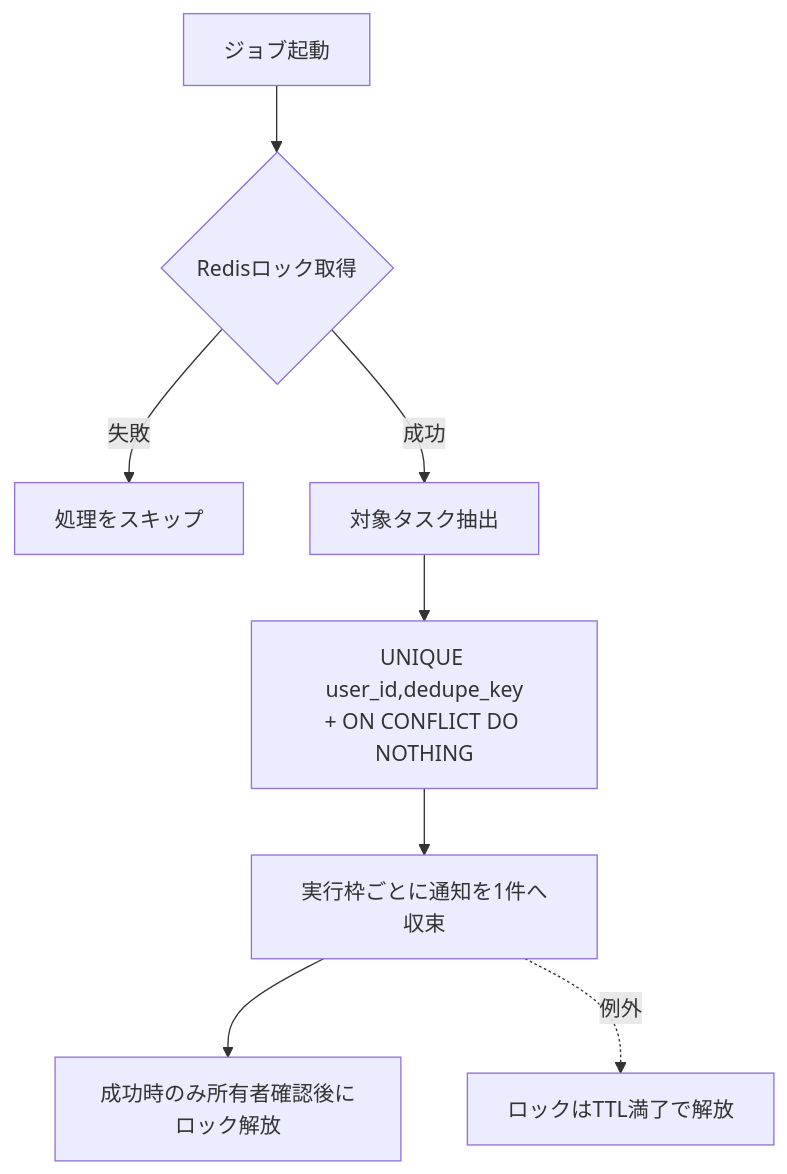
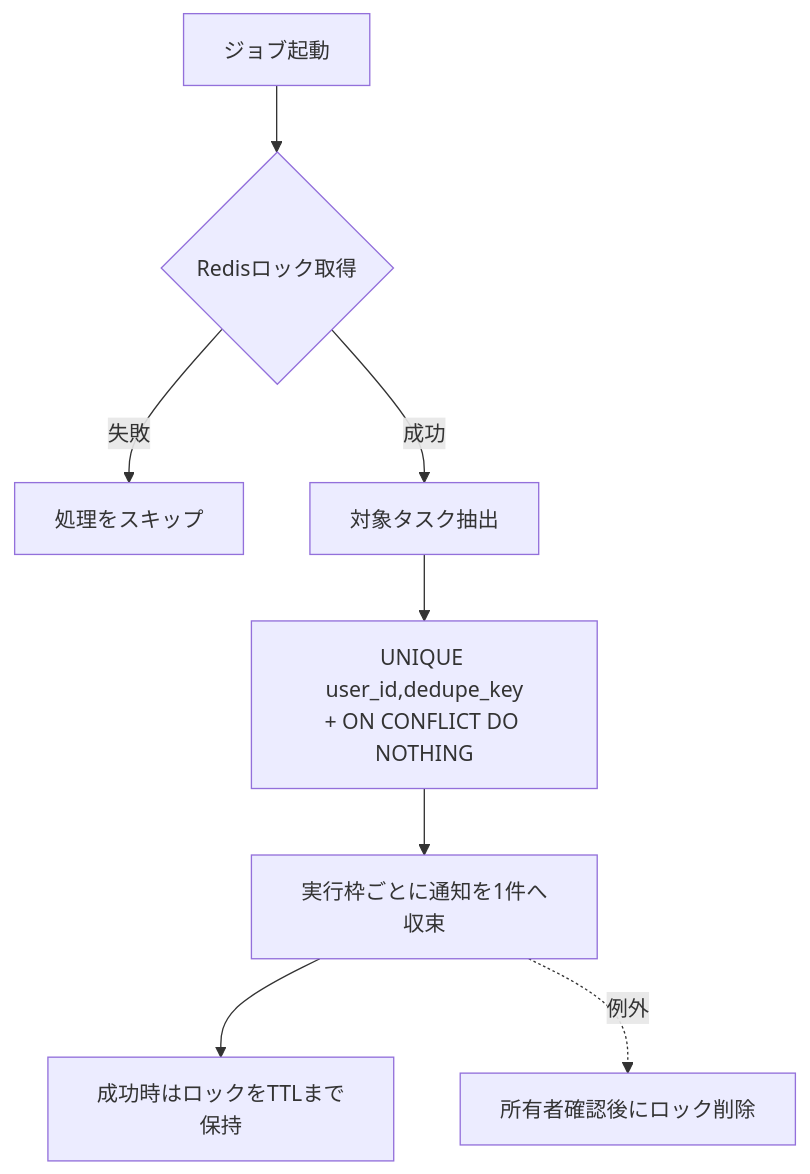
One commit to oikawa-d/task_management changed the fourth of 6 diagrams in basic_design/07_batch.md. Above: the diagram before and after it, drawn with Mermaid. The commit also changed other lines of this file and 19 other files, not shown here.

````diff
--- a/basic_design/07_batch.md
+++ b/basic_design/07_batch.md
@@ -191,10 +191,10 @@
 ```mermaid
 flowchart TB
     A["ジョブ起動"] --> B{"Redisロック取得"}
     B -->|失敗| C["処理をスキップ"]
     B -->|成功| D["対象タスク抽出"]
     D --> E["UNIQUE user_id,dedupe_key<br/>+ ON CONFLICT DO NOTHING"]
     E --> F["実行枠ごとに通知を1件へ収束"]
-    F --> G["成功時のみ所有者確認後にロック解放"]
-    F -.->|例外| H["ロックはTTL満了で解放"]
+    F --> G["成功時はロックをTTLまで保持"]
+    F -.->|例外| H["所有者確認後にロック削除"]
 ```
````
